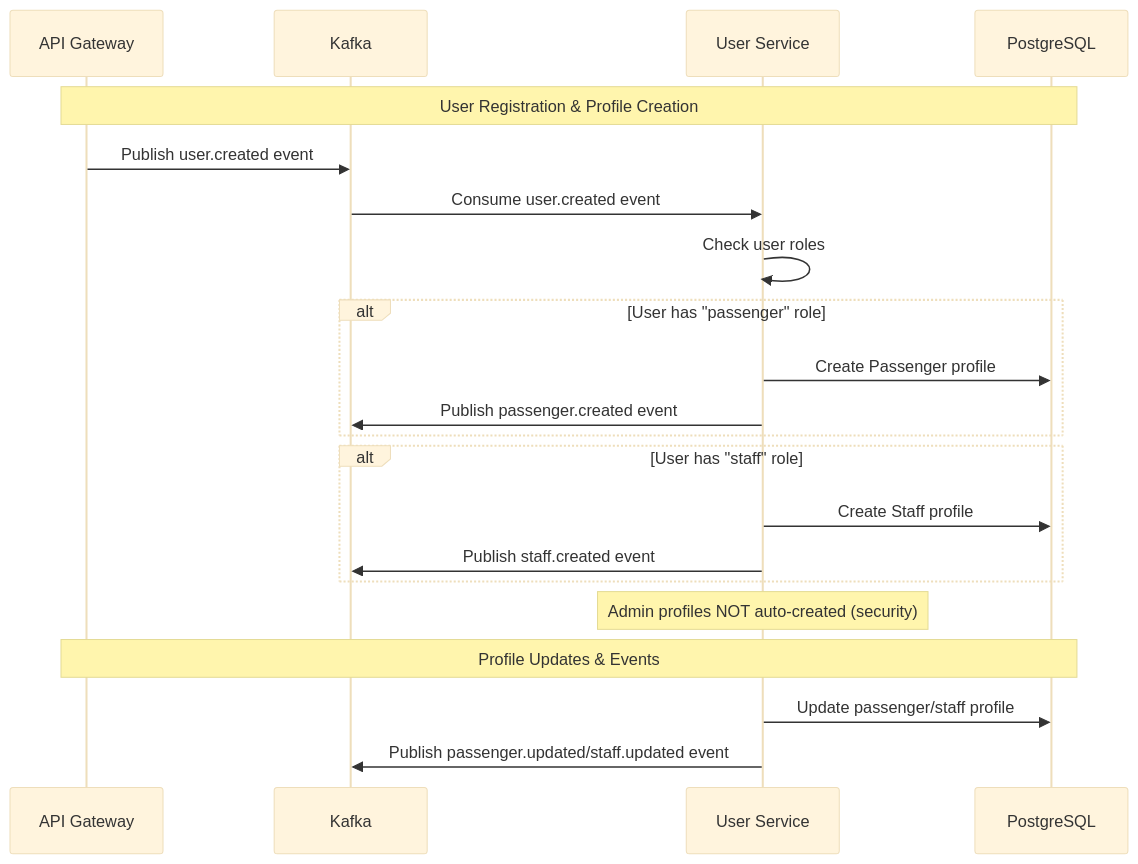
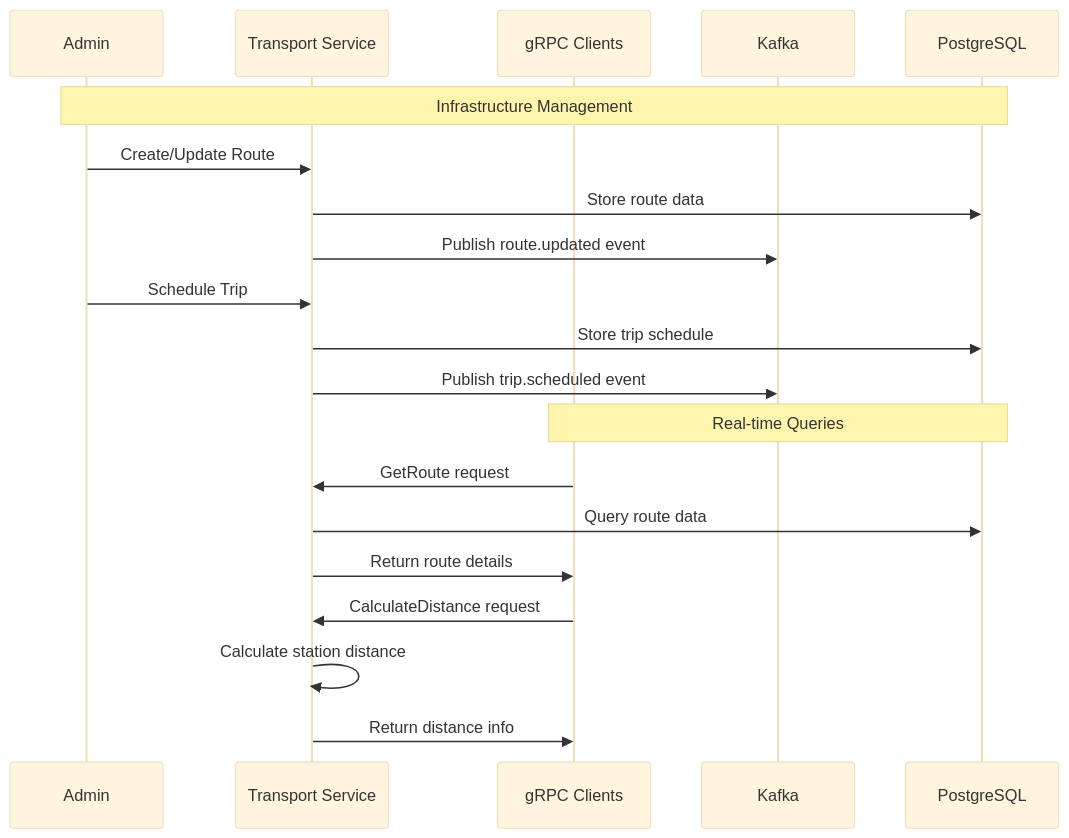
The diagram in transport-service/README.md (NamPhAm-Work423/Metro-backend), drawn with Mermaid (base theme) before and after one commit. The commit also changed other lines of this file and 41 other files, not shown here.

````diff
--- a/transport-service/README.md
+++ b/transport-service/README.md
@@ -207,30 +241,28 @@
 ```mermaid
 sequenceDiagram
-    participant API as API Gateway
-    participant KAFKA as Kafka
-    participant USER as User Service
+    participant A as Admin
+    participant T as Transport Service
+    participant gRPC as gRPC Clients
+    participant K as Kafka
     participant DB as PostgreSQL
 
-    Note over API,DB: User Registration & Profile Creation
+    Note over A,DB: Infrastructure Management
 
-    API->>KAFKA: Publish user.created event
-    KAFKA->>USER: Consume user.created event
-    USER->>USER: Check user roles
+    A->>T: Create/Update Route
+    T->>DB: Store route data
+    T->>K: Publish route.updated event
     
-    alt User has "passenger" role
-        USER->>DB: Create Passenger profile
-        USER->>KAFKA: Publish passenger.created event
-    end
+    A->>T: Schedule Trip
+    T->>DB: Store trip schedule
+    T->>K: Publish trip.scheduled event
     
-    alt User has "staff" role
-        USER->>DB: Create Staff profile
-        USER->>KAFKA: Publish staff.created event
-    end
+    Note over gRPC,DB: Real-time Queries
     
-    Note over USER: Admin profiles NOT auto-created (security)
+    gRPC->>T: GetRoute request
+    T->>DB: Query route data
+    T->>gRPC: Return route details
     
-    Note over API,DB: Profile Updates & Events
-    
-    USER->>DB: Update passenger/staff profile
-    USER->>KAFKA: Publish passenger.updated/staff.updated event
+    gRPC->>T: CalculateDistance request
+    T->>T: Calculate station distance
+    T->>gRPC: Return distance info
 ```
````
